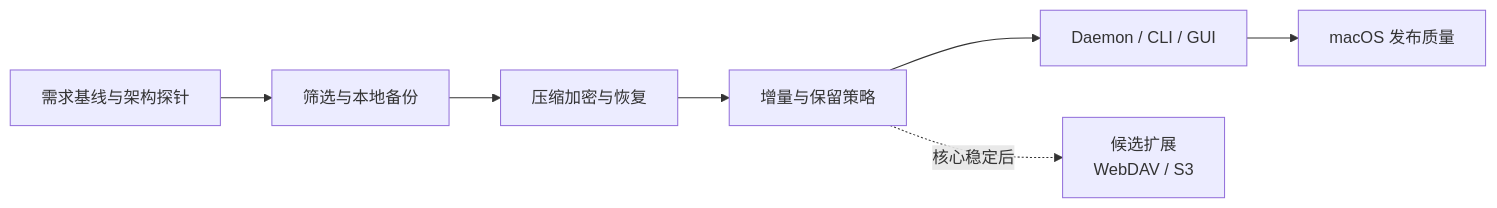
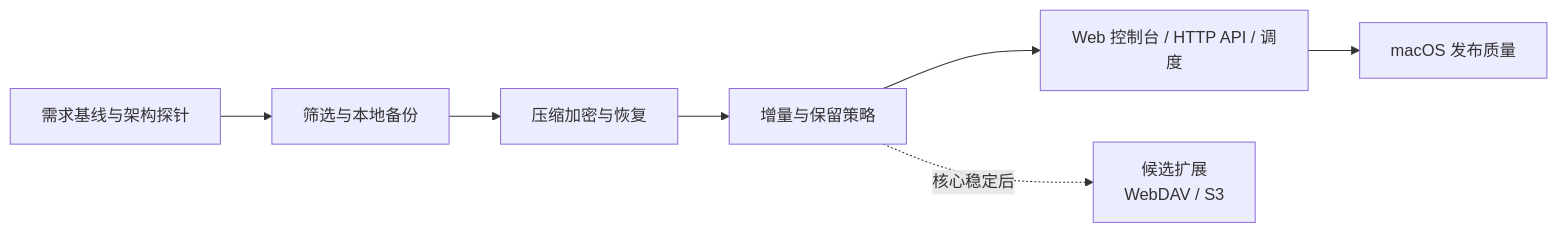
Before and after one commit to qi7876/software-development-exp: the diagram in README.md, drawn with Mermaid. The commit also changed other lines of this file and 55 other files, not shown here.

````diff
--- a/README.md
+++ b/README.md
@@ -87,9 +160,9 @@
 ```mermaid
 flowchart LR
     I0[需求基线与架构探针] --> I1[筛选与本地备份]
     I1 --> I2[压缩加密与恢复]
     I2 --> I3[增量与保留策略]
-    I3 --> I4[Daemon / CLI / GUI]
+    I3 --> I4[Web 控制台 / HTTP API / 调度]
     I4 --> I5[macOS 发布质量]
     I3 -.核心稳定后.-> IX[候选扩展<br/>WebDAV / S3]
 ```
````
